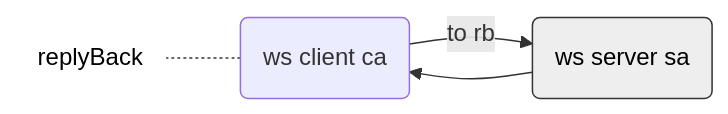
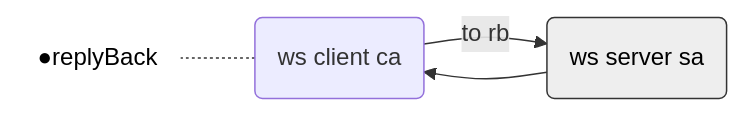
One commit to toshirot/w2w changed the first of 7 diagrams in README.md. Above: the diagram before and after it, drawn with Mermaid. The commit also changed other lines of this file, not shown here.

````diff
--- a/README.md
+++ b/README.md
@@ -101,16 +102,16 @@
 ```mermaid
 flowchart LR
 
 %%test0("at on connect: 自動で返される reply back"):::class_text
 
     %%single_type3
-        text_a2a("replyBack"):::class_text_min
+        text_a2a("●replyBack"):::class_text_min
         single_type3c(ws client ca) 
         single_type3s(ws server sa):::class_server
             text_a2a -.- single_type3c
             single_type3c --> |to rb| single_type3s --> single_type3c
 
 classDef class_server fill:#eee,color:#000,stroke:#333
 classDef class_text fill:#fff,color:#000,stroke:#fff
 classDef class_text_min fill:#fff,color:#000,stroke:#fff,margin:0
 ```
````
